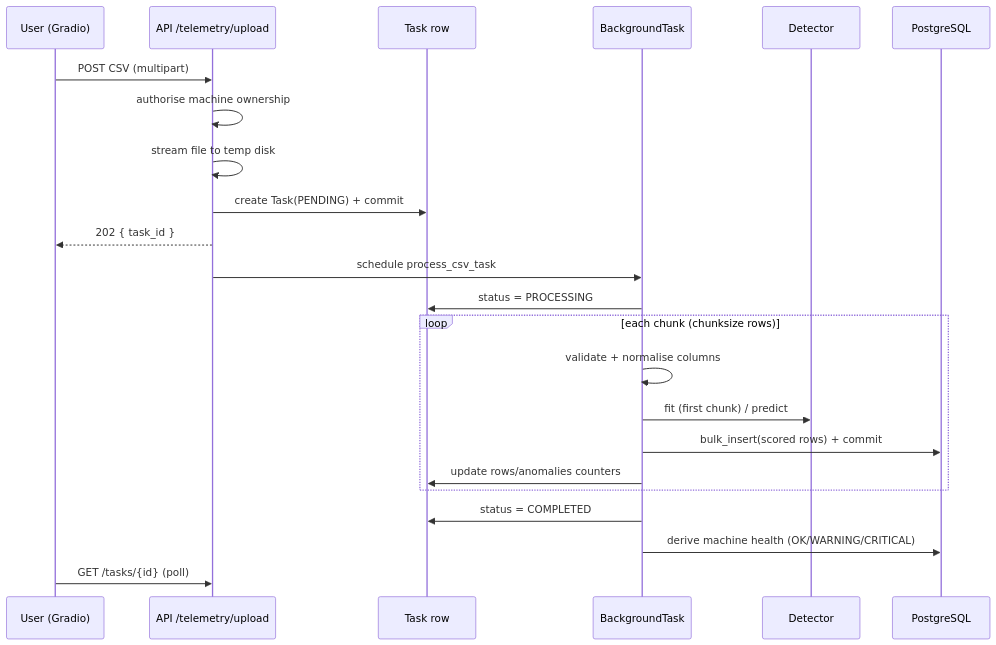
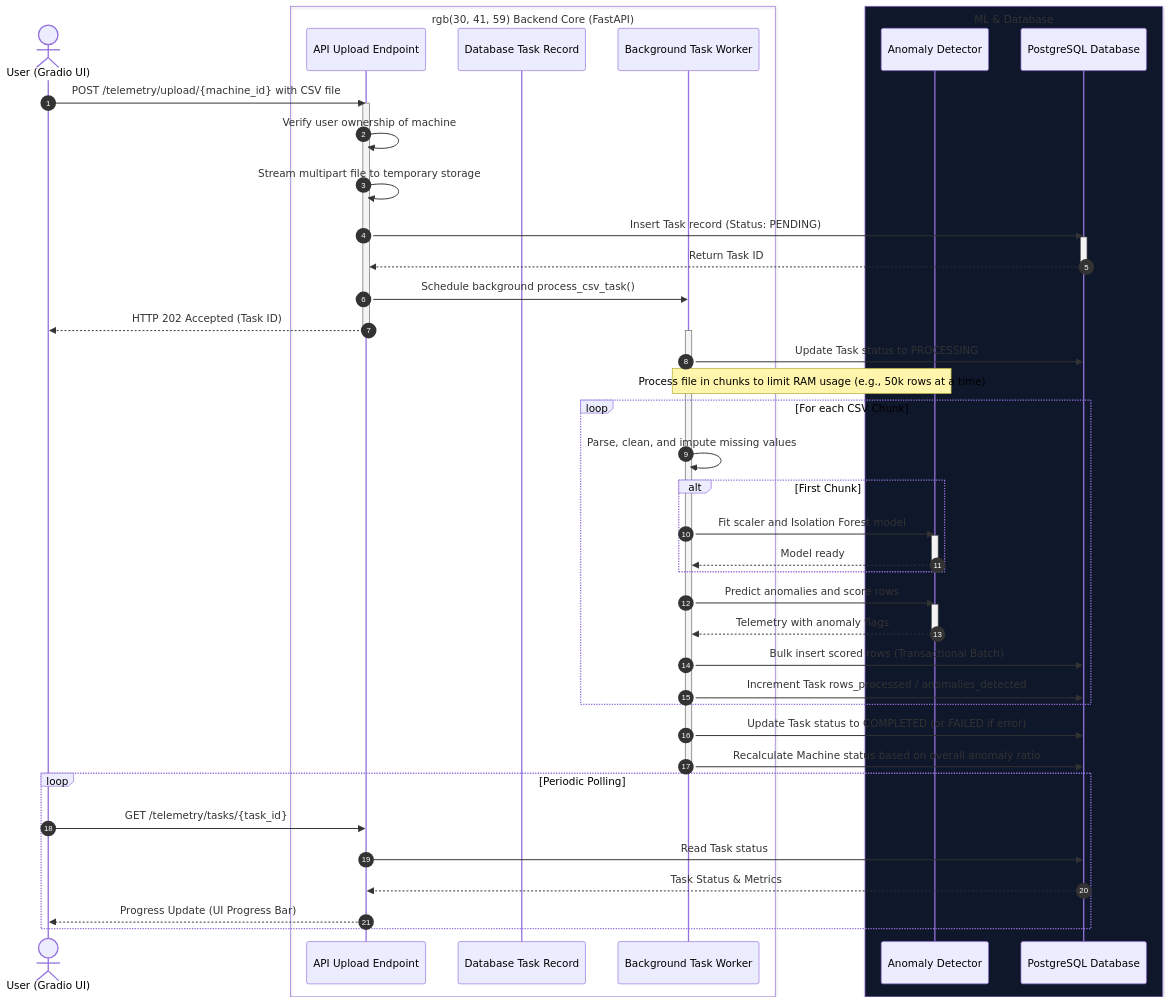
The second of 2 diagrams in ARCHITECTURE.md (martian7777/Predictive-Maintenance-Backend-Api), drawn with Mermaid before and after one commit. The commit also changed other lines of this file and 2 other files, not shown here.

Commit message:
docs: update documentation architecture and structure for improved clarity and readability

````diff
--- a/ARCHITECTURE.md
+++ b/ARCHITECTURE.md
@@ -76,26 +99,67 @@
 ```mermaid
 sequenceDiagram
-    participant U as User (Gradio)
-    participant A as API /telemetry/upload
-    participant T as Task row
-    participant B as BackgroundTask
-    participant D as Detector
-    participant DB as PostgreSQL
+    autonumber
+    
+    actor User as User (Gradio UI)
+    
+    box rgb(30, 41, 59) Backend Core (FastAPI)
+        participant API as API Upload Endpoint
+        participant Task as Database Task Record
+        participant BG as Background Task Worker
+    end
 
-    U->>A: POST CSV (multipart)
-    A->>A: authorise machine ownership
-    A->>A: stream file to temp disk
-    A->>T: create Task(PENDING) + commit
-    A-->>U: 202 { task_id }
-    A->>B: schedule process_csv_task
-    B->>T: status = PROCESSING
-    loop each chunk (chunksize rows)
-        B->>B: validate + normalise columns
-        B->>D: fit (first chunk) / predict
-        B->>DB: bulk_insert(scored rows) + commit
-        B->>T: update rows/anomalies counters
+    box rgb(15, 23, 42) ML & Database
+        participant ML as Anomaly Detector
+        participant DB as PostgreSQL Database
     end
-    B->>T: status = COMPLETED
-    B->>DB: derive machine health (OK/WARNING/CRITICAL)
-    U->>A: GET /tasks/{id} (poll)
+
+    User->>API: POST /telemetry/upload/{machine_id} with CSV file
+    activate API
+    API->>API: Verify user ownership of machine
+    API->>API: Stream multipart file to temporary storage
+    
+    API->>DB: Insert Task record (Status: PENDING)
+    activate DB
+    DB-->>API: Return Task ID
+    deactivate DB
+
+    API->>BG: Schedule background process_csv_task()
+    API-->>User: HTTP 202 Accepted (Task ID)
+    deactivate API
+
+    %% Background execution
+    activate BG
+    BG->>DB: Update Task status to PROCESSING
+    
+    Note over BG, ML: Process file in chunks to limit RAM usage (e.g., 50k rows at a time)
+    
+    loop For each CSV Chunk
+        BG->>BG: Parse, clean, and impute missing values
+        
+        alt First Chunk
+            BG->>ML: Fit scaler and Isolation Forest model
+            activate ML
+            ML-->>BG: Model ready
+            deactivate ML
+        end
+        
+        BG->>ML: Predict anomalies and score rows
+        activate ML
+        ML-->>BG: Telemetry with anomaly flags
+        deactivate ML
+        
+        BG->>DB: Bulk insert scored rows (Transactional Batch)
+        BG->>DB: Increment Task rows_processed / anomalies_detected
+    end
+    
+    BG->>DB: Update Task status to COMPLETED (or FAILED if error)
+    BG->>DB: Recalculate Machine status based on overall anomaly ratio
+    deactivate BG
+    
+    loop Periodic Polling
+        User->>API: GET /telemetry/tasks/{task_id}
+        API->>DB: Read Task status
+        DB-->>API: Task Status & Metrics
+        API-->>User: Progress Update (UI Progress Bar)
+    end
 ```
````
